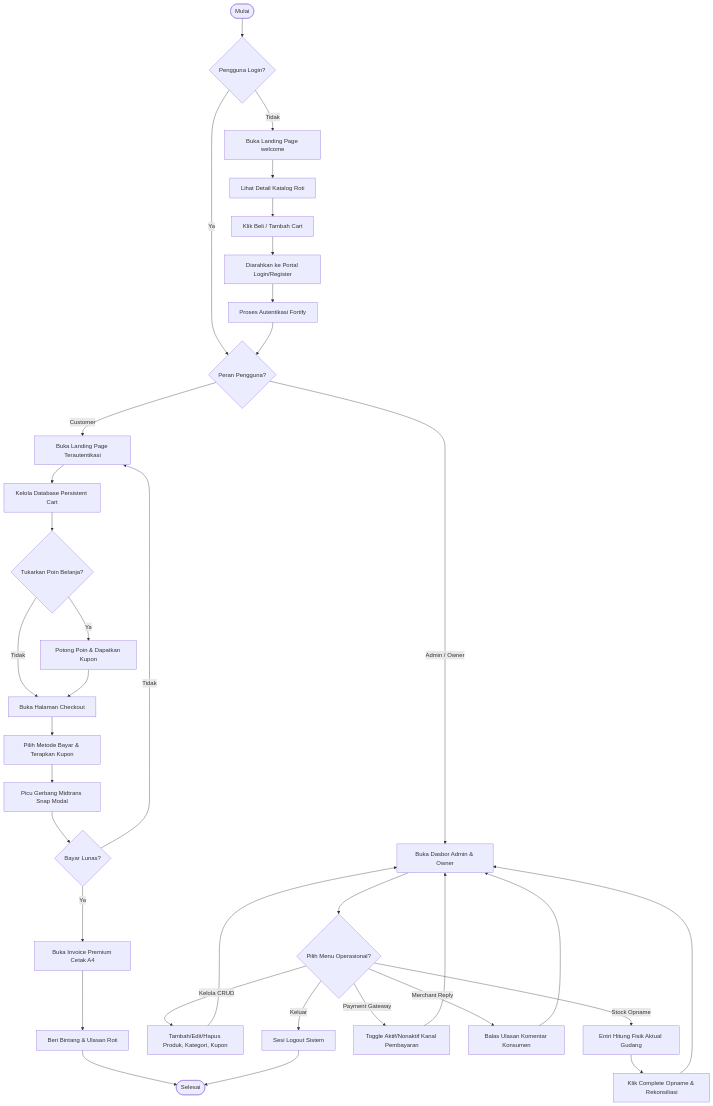
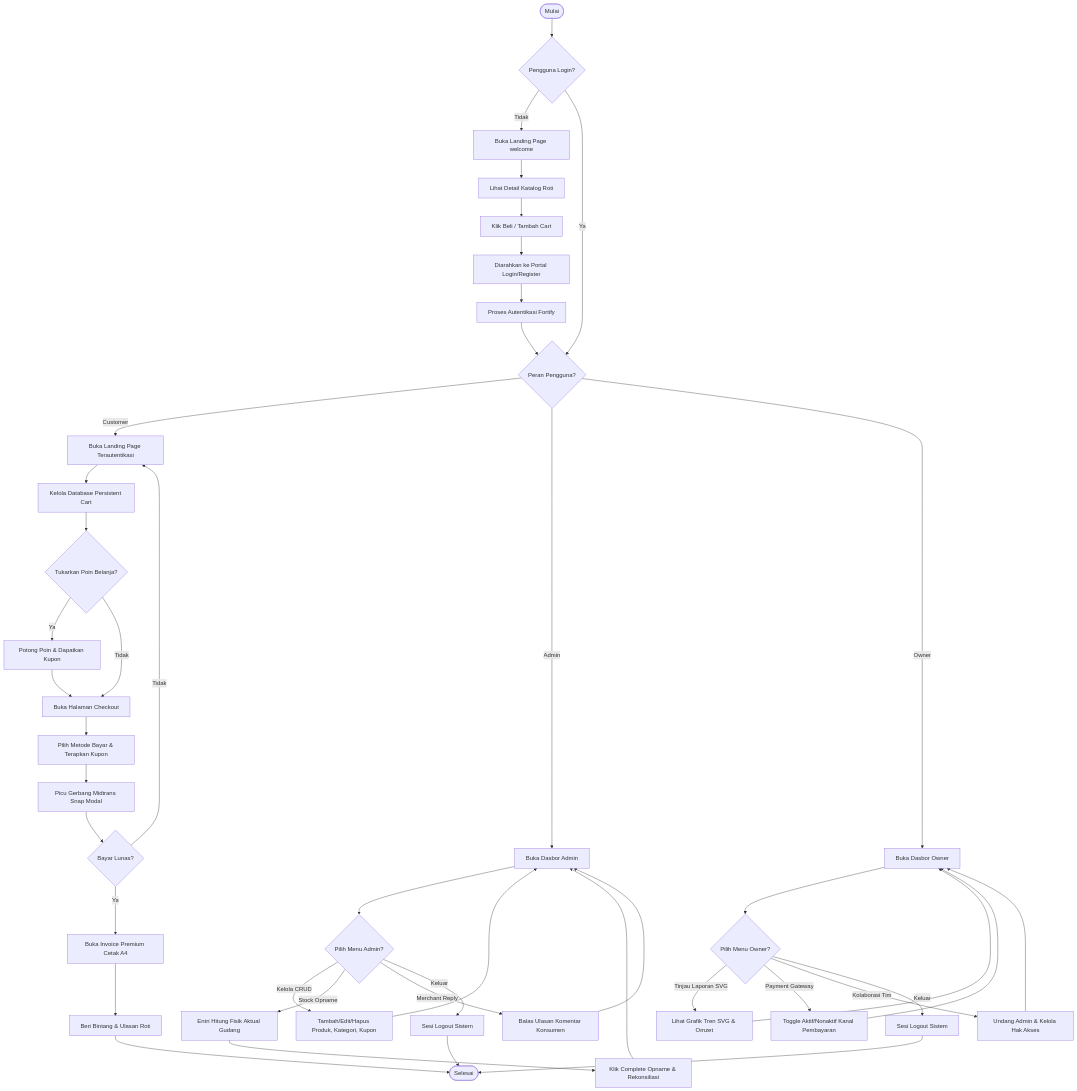
One commit to Hnzsama/kala_karsa changed diagram 11 of 11 in documentation.md. Above: the diagram before and after it, drawn with Mermaid. The commit also changed other lines of this file, not shown here.

Commit message:
docs: separate Admin and Owner roles across DFD, Sequence, Activity, and Flowchart diagrams

````diff
--- a/documentation.md
+++ b/documentation.md
@@ -472,50 +552,55 @@
 ```mermaid
 flowchart TD
     Start([Mulai]) --> Tampilkan_Home{Pengguna Login?}
     
     %% Guest Route
     Tampilkan_Home -->|Tidak| Tamu_View[Buka Landing Page welcome]
     Tamu_View --> Tamu_Browse[Lihat Detail Katalog Roti]
     Tamu_Browse --> Tamu_AddCart[Klik Beli / Tambah Cart]
     Tamu_AddCart --> Tamu_AuthRedirect[Diarahkan ke Portal Login/Register]
     Tamu_AuthRedirect --> Auth_Process[Proses Autentikasi Fortify]
     
     %% Logged In Route
     Tampilkan_Home -->|Ya| Cek_Role{Peran Pengguna?}
     Auth_Process --> Cek_Role
     
     %% Customer Flow
     Cek_Role -->|Customer| Cust_Home[Buka Landing Page Terautentikasi]
     Cust_Home --> Cust_Cart[Kelola Database Persistent Cart]
     Cust_Cart --> Cust_Redeem{Tukarkan Poin Belanja?}
     Cust_Redeem -->|Ya| Cust_Claim[Potong Poin & Dapatkan Kupon]
     Cust_Redeem -->|Tidak| Cust_Checkout[Buka Halaman Checkout]
     Cust_Claim --> Cust_Checkout
     Cust_Checkout --> Cust_Pay[Pilih Metode Bayar & Terapkan Kupon]
     Cust_Pay --> Cust_Gateway[Picu Gerbang Midtrans Snap Modal]
     Cust_Gateway --> Cust_Status{Bayar Lunas?}
     Cust_Status -->|Tidak| Cust_Home
     Cust_Status -->|Ya| Cust_Receipt[Buka Invoice Premium Cetak A4]
     Cust_Receipt --> Cust_Review[Beri Bintang & Ulasan Roti]
     Cust_Review --> End_Flow([Selesai])
     
     %% Admin Flow
-    Cek_Role -->|Admin / Owner| Adm_Dash[Buka Dasbor Admin & Owner]
-    Adm_Dash --> Adm_Menu{Pilih Menu Operasional?}
-    
+    Cek_Role -->|Admin| Adm_Dash[Buka Dasbor Admin]
+    Adm_Dash --> Adm_Menu{Pilih Menu Admin?}
     Adm_Menu -->|Kelola CRUD| Adm_CRUD[Tambah/Edit/Hapus Produk, Kategori, Kupon]
     Adm_CRUD --> Adm_Dash
-    
     Adm_Menu -->|Stock Opname| Adm_Opname[Entri Hitung Fisik Aktual Gudang]
     Adm_Opname --> Adm_Reconcile[Klik Complete Opname & Rekonsiliasi]
     Adm_Reconcile --> Adm_Dash
+    Adm_Menu -->|Merchant Reply| Adm_Reply[Balas Ulasan Komentar Konsumen]
+    Adm_Reply --> Adm_Dash
+    Adm_Menu -->|Keluar| Adm_Logout[Sesi Logout Sistem]
+    Adm_Logout --> End_Flow
     
-    Adm_Menu -->|Payment Gateway| Adm_Payment[Toggle Aktif/Nonaktif Kanal Pembayaran]
-    Adm_Payment --> Adm_Dash
-    
-    Adm_Menu -->| Merchant Reply| Adm_Reply[Balas Ulasan Komentar Konsumen]
-    Adm_Reply --> Adm_Dash
-    
-    Adm_Menu -->|Keluar| Logout[Sesi Logout Sistem]
-    Logout --> End_Flow
+    %% Owner Flow
+    Cek_Role -->|Owner| Own_Dash[Buka Dasbor Owner]
+    Own_Dash --> Own_Menu{Pilih Menu Owner?}
+    Own_Menu -->|Tinjau Laporan SVG| Own_Report[Lihat Grafik Tren SVG & Omzet]
+    Own_Report --> Own_Dash
+    Own_Menu -->|Payment Gateway| Own_Payment[Toggle Aktif/Nonaktif Kanal Pembayaran]
+    Own_Payment --> Own_Dash
+    Own_Menu -->|Kolaborasi Tim| Own_Team[Undang Admin & Kelola Hak Akses]
+    Own_Team --> Own_Dash
+    Own_Menu -->|Keluar| Own_Logout[Sesi Logout Sistem]
+    Own_Logout --> End_Flow
 ```
````
